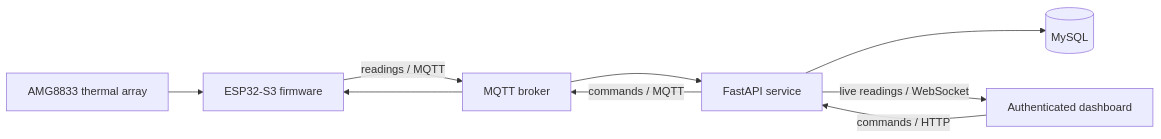
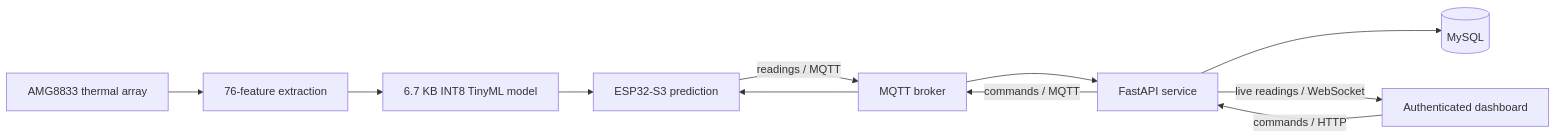
The first of 2 diagrams in README.md (Burger0328/Thermal-Presence-IoT-System), drawn with Mermaid before and after one commit. The commit also changed other lines of this file and 22 other files, not shown here.

Commit message:
Integrate TinyML training and ESP32 inference

````diff
--- a/README.md
+++ b/README.md
@@ -23,11 +45,13 @@
 ```mermaid
 flowchart LR
-    Sensor["AMG8833 thermal array"] --> ESP["ESP32-S3 firmware"]
+    Sensor["AMG8833 thermal array"] --> Features["76-feature extraction"]
+    Features --> Model["6.7 KB INT8 TinyML model"]
+    Model --> ESP["ESP32-S3 prediction"]
     ESP -->|"readings / MQTT"| Broker["MQTT broker"]
     Browser["Authenticated dashboard"] -->|"commands / HTTP"| API["FastAPI service"]
     API -->|"commands / MQTT"| Broker
     Broker --> ESP
     Broker --> API
     API --> DB[(MySQL)]
     API -->|"live readings / WebSocket"| Browser
 ```
````
